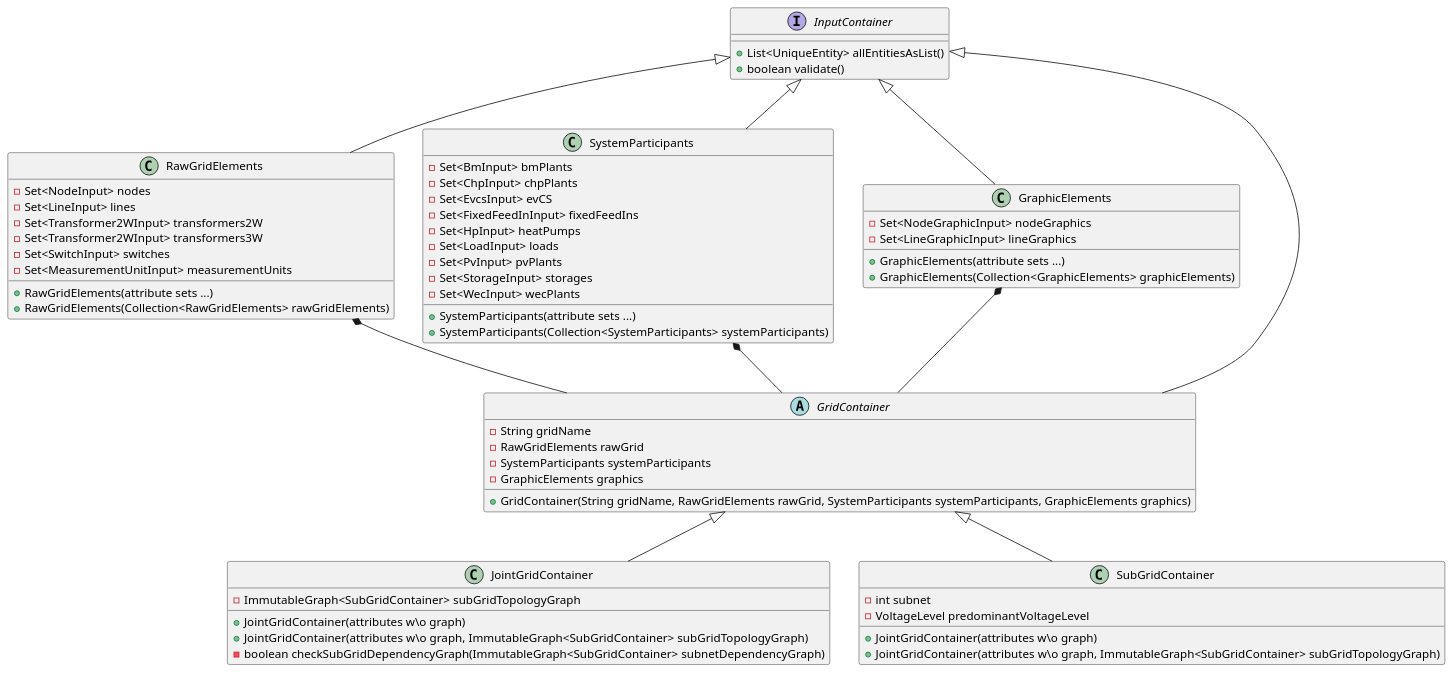
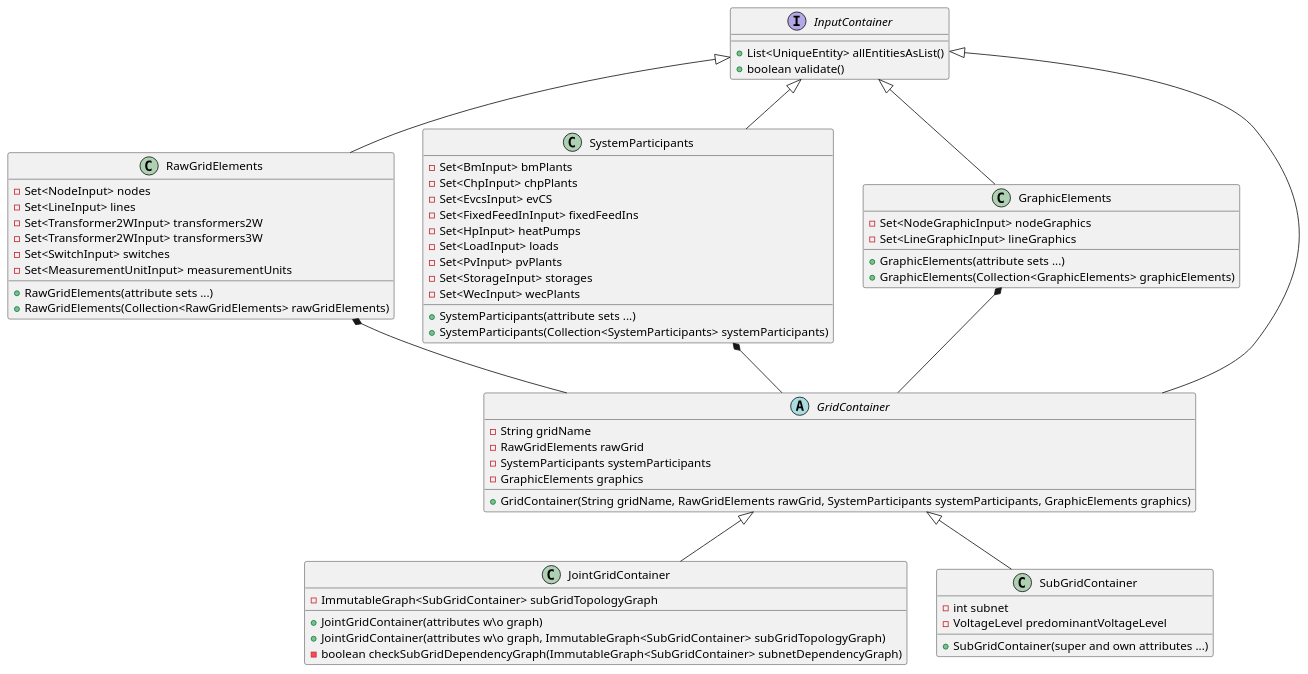
Before and after one commit to ie3-institute/PowerSystemDataModel: the diagram in docs/uml/ModelContainerConcept.puml, drawn with PlantUML.

Commit message:
Correcting uml diagram for SubGridContainer

```diff
--- a/docs/uml/ModelContainerConcept.puml
+++ b/docs/uml/ModelContainerConcept.puml
@@ -1,69 +1,68 @@
 @startuml
 Interface InputContainer {
     + List<UniqueEntity> allEntitiesAsList()
     + boolean validate()
 }
 
 Class RawGridElements {
     - Set<NodeInput> nodes
     - Set<LineInput> lines
     - Set<Transformer2WInput> transformers2W
     - Set<Transformer2WInput> transformers3W
     - Set<SwitchInput> switches
     - Set<MeasurementUnitInput> measurementUnits
     + RawGridElements(attribute sets ...)
     + RawGridElements(Collection<RawGridElements> rawGridElements)
 }
 InputContainer <|-- RawGridElements
 
 Class SystemParticipants {
   - Set<BmInput> bmPlants
   - Set<ChpInput> chpPlants
   - Set<EvcsInput> evCS
   - Set<FixedFeedInInput> fixedFeedIns
   - Set<HpInput> heatPumps
   - Set<LoadInput> loads
   - Set<PvInput> pvPlants
   - Set<StorageInput> storages
   - Set<WecInput> wecPlants
   + SystemParticipants(attribute sets ...)
   + SystemParticipants(Collection<SystemParticipants> systemParticipants)
 }
 InputContainer <|-- SystemParticipants
 
 Class GraphicElements {
   - Set<NodeGraphicInput> nodeGraphics
   - Set<LineGraphicInput> lineGraphics
   + GraphicElements(attribute sets ...)
   + GraphicElements(Collection<GraphicElements> graphicElements)
 }
 InputContainer <|-- GraphicElements
 
 Abstract Class GridContainer {
   - String gridName
   - RawGridElements rawGrid
   - SystemParticipants systemParticipants
   - GraphicElements graphics
   + GridContainer(String gridName, RawGridElements rawGrid, SystemParticipants systemParticipants, GraphicElements graphics)
 }
 InputContainer <|-- GridContainer
 RawGridElements *-- GridContainer
 SystemParticipants *-- GridContainer
 GraphicElements *-- GridContainer
 
 Class JointGridContainer {
   - ImmutableGraph<SubGridContainer> subGridTopologyGraph
   + JointGridContainer(attributes w\o graph)
   + JointGridContainer(attributes w\o graph, ImmutableGraph<SubGridContainer> subGridTopologyGraph)
   - boolean checkSubGridDependencyGraph(ImmutableGraph<SubGridContainer> subnetDependencyGraph)
 }
 GridContainer <|-- JointGridContainer
 
 Class SubGridContainer{
   - int subnet
   - VoltageLevel predominantVoltageLevel
-  + JointGridContainer(attributes w\o graph)
-  + JointGridContainer(attributes w\o graph, ImmutableGraph<SubGridContainer> subGridTopologyGraph)
+  + SubGridContainer(super and own attributes ...)
 }
 GridContainer <|-- SubGridContainer
 @enduml
```
